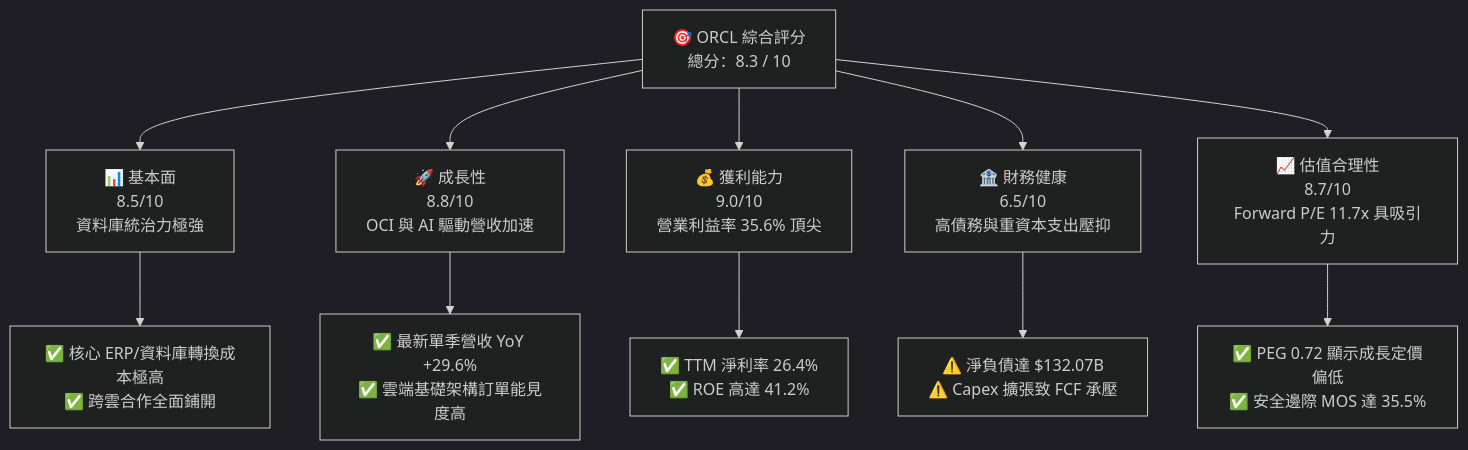
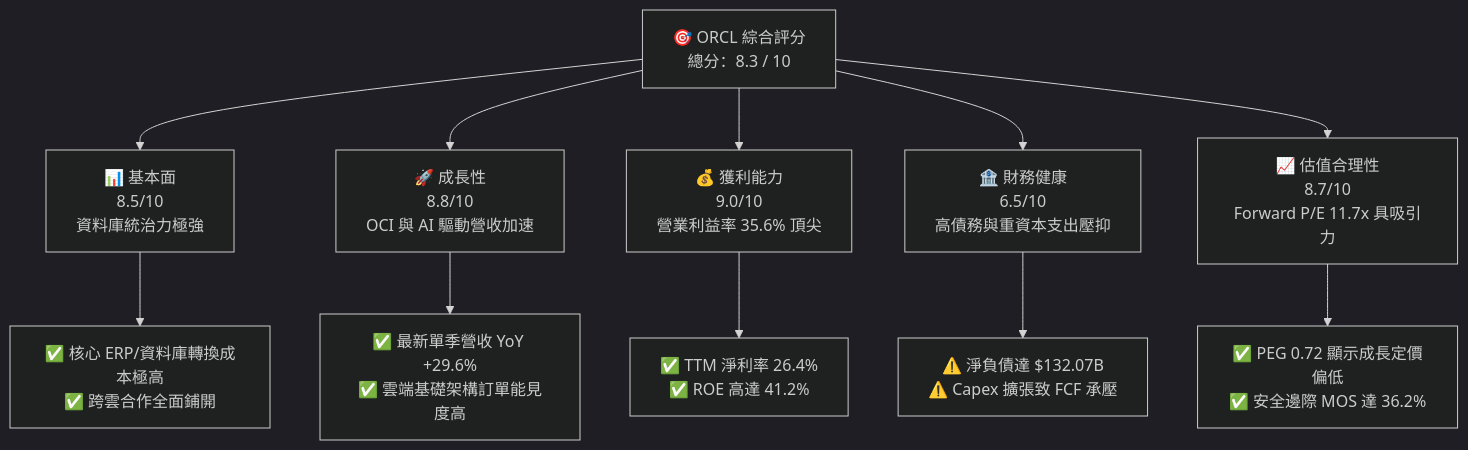
The first of 15 diagrams in ai_gen_report/fundamental/orcl/fundamental_analysis_2026-10-17_gemini.md (yennanliu/finance_data), drawn with Mermaid (dark theme) before and after one commit. The commit also changed other lines of this file and 339 other files, not shown here.

````diff
--- a/ai_gen_report/fundamental/orcl/fundamental_analysis_2026-10-17_gemini.md
+++ b/ai_gen_report/fundamental/orcl/fundamental_analysis_2026-10-17_gemini.md
@@ -58,22 +65,22 @@
 ```mermaid
 graph TD
     TICKER["🎯 ORCL 綜合評分<br/>總分：8.3 / 10"]
 
     F["📊 基本面<br/>8.5/10<br/>資料庫統治力極強"]
     G["🚀 成長性<br/>8.8/10<br/>OCI 與 AI 驅動營收加速"]
     P["💰 獲利能力<br/>9.0/10<br/>營業利益率 35.6% 頂尖"]
     B["🏦 財務健康<br/>6.5/10<br/>高債務與重資本支出壓抑"]
     V["📈 估值合理性<br/>8.7/10<br/>Forward P/E 11.7x 具吸引力"]
 
     TICKER --> F
     TICKER --> G
     TICKER --> P
     TICKER --> B
     TICKER --> V
 
     F --> F1["✅ 核心 ERP/資料庫轉換成本極高<br/>✅ 跨雲合作全面鋪開"]
     G --> G1["✅ 最新單季營收 YoY +29.6%<br/>✅ 雲端基礎架構訂單能見度高"]
     P --> P1["✅ TTM 淨利率 26.4%<br/>✅ ROE 高達 41.2%"]
     B --> B1["⚠️ 淨負債達 $132.07B<br/>⚠️ Capex 擴張致 FCF 承壓"]
-    V --> V1["✅ PEG 0.72 顯示成長定價偏低<br/>✅ 安全邊際 MOS 達 35.5%"]
+    V --> V1["✅ PEG 0.72 顯示成長定價偏低<br/>✅ 安全邊際 MOS 達 36.2%"]
 ```
````
